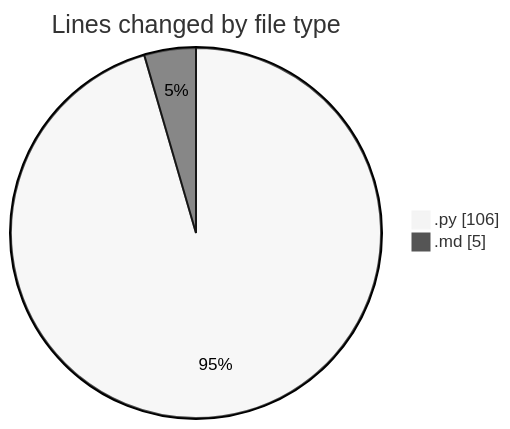
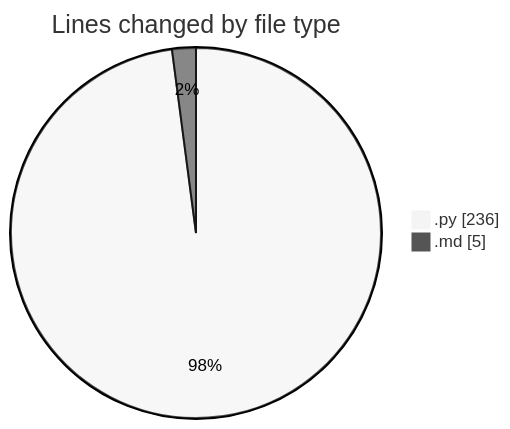
The first of 2 diagrams in 2026-01-10/dsa/README.md (Ritupan-Deka/code-tracking), drawn with Mermaid (neutral theme) before and after one commit. The commit also changed other lines of this file and 1 other file, not shown here.

````diff
--- a/2026-01-10/dsa/README.md
+++ b/2026-01-10/dsa/README.md
@@ -21,6 +21,6 @@
 ```mermaid
 pie showData
 title Lines changed by file type
-".py" : 106
+".py" : 236
 ".md" : 5
 ```
````
